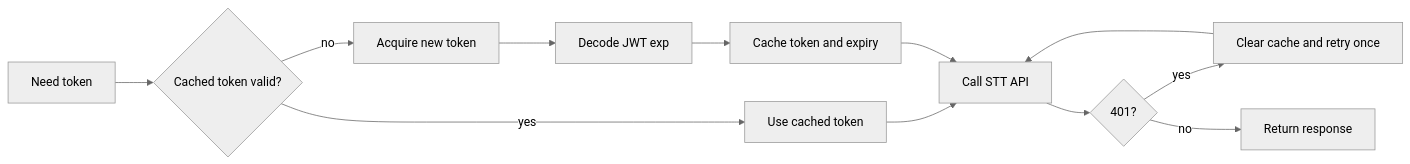
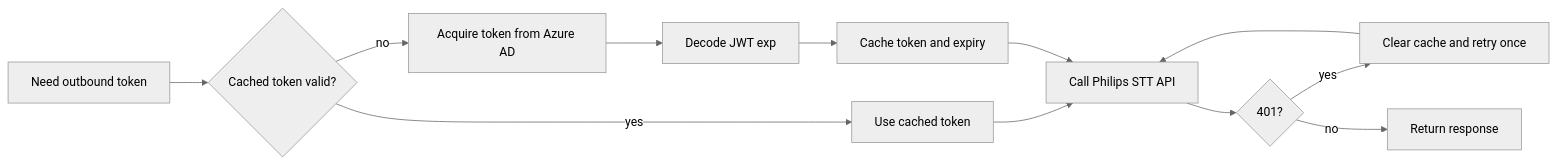
Before and after one commit to GokuldasVedantSarveshRaikar/POC-Sound-To-Text: the fifth of 5 diagrams in docs/TECHNICAL_ARCHITECTURE.md, drawn with Mermaid (neutral theme). The commit also changed other lines of this file and 1 other file, not shown here.

````diff
--- a/docs/TECHNICAL_ARCHITECTURE.md
+++ b/docs/TECHNICAL_ARCHITECTURE.md
@@ -155,14 +177,14 @@
 ```mermaid
 flowchart LR
-    A[Need token] --> B{Cached token valid?}
+    A[Need outbound token] --> B{Cached token valid?}
     B -- yes --> C[Use cached token]
-    B -- no --> D[Acquire new token]
+    B -- no --> D[Acquire token from Azure AD]
     D --> E[Decode JWT exp]
     E --> F[Cache token and expiry]
-    C --> G[Call STT API]
+    C --> G[Call Philips STT API]
     F --> G
     G --> H{401?}
     H -- yes --> I[Clear cache and retry once]
     H -- no --> J[Return response]
     I --> G
 ```
````
